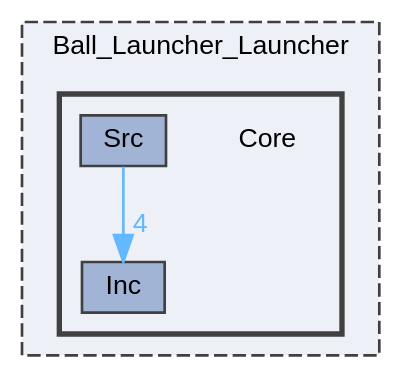
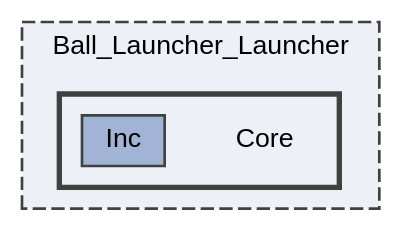
One commit to vvinhvvo98/Basketball-Launcher changed the diagram in docs/dir_68a92c5493cf2247fbbfdd73a853193e_dep.dot. Above: the diagram before and after it, drawn with Graphviz. The commit also changed 119 other files, not shown here.

```diff
--- a/docs/dir_68a92c5493cf2247fbbfdd73a853193e_dep.dot
+++ b/docs/dir_68a92c5493cf2247fbbfdd73a853193e_dep.dot
@@ -1,18 +1,16 @@
 digraph "Ball_Launcher_Launcher/Core"
 {
  // LATEX_PDF_SIZE
   bgcolor="transparent";
   edge [fontname=Helvetica,fontsize=10,labelfontname=Helvetica,labelfontsize=10];
   node [fontname=Helvetica,fontsize=10,shape=box,height=0.2,width=0.4];
   compound=true
   subgraph clusterdir_c1ce51abe2a085a3a7c487358c25ad30 {
     graph [ bgcolor="#edf0f7", pencolor="grey25", label="Ball_Launcher_Launcher", fontname=Helvetica,fontsize=10 style="filled,dashed", URL="dir_c1ce51abe2a085a3a7c487358c25ad30.html",tooltip=""]
   subgraph clusterdir_68a92c5493cf2247fbbfdd73a853193e {
     graph [ bgcolor="#edf0f7", pencolor="grey25", label="", fontname=Helvetica,fontsize=10 style="filled,bold", URL="dir_68a92c5493cf2247fbbfdd73a853193e.html",tooltip=""]
     dir_68a92c5493cf2247fbbfdd73a853193e [shape=plaintext, label="Core"];
   dir_8d3b96ffa359d03d8cf492af853516bb [label="Inc", fillcolor="#a2b4d6", color="grey25", style="filled", URL="dir_8d3b96ffa359d03d8cf492af853516bb.html",tooltip=""];
-  dir_104c757465de1dcf001a2eea2d64e476 [label="Src", fillcolor="#a2b4d6", color="grey25", style="filled", URL="dir_104c757465de1dcf001a2eea2d64e476.html",tooltip=""];
   }
   }
-  dir_104c757465de1dcf001a2eea2d64e476->dir_8d3b96ffa359d03d8cf492af853516bb [headlabel="4", labeldistance=1.5 headhref="dir_000007_000005.html" href="dir_000007_000005.html" color="steelblue1" fontcolor="steelblue1"];
 }
```
